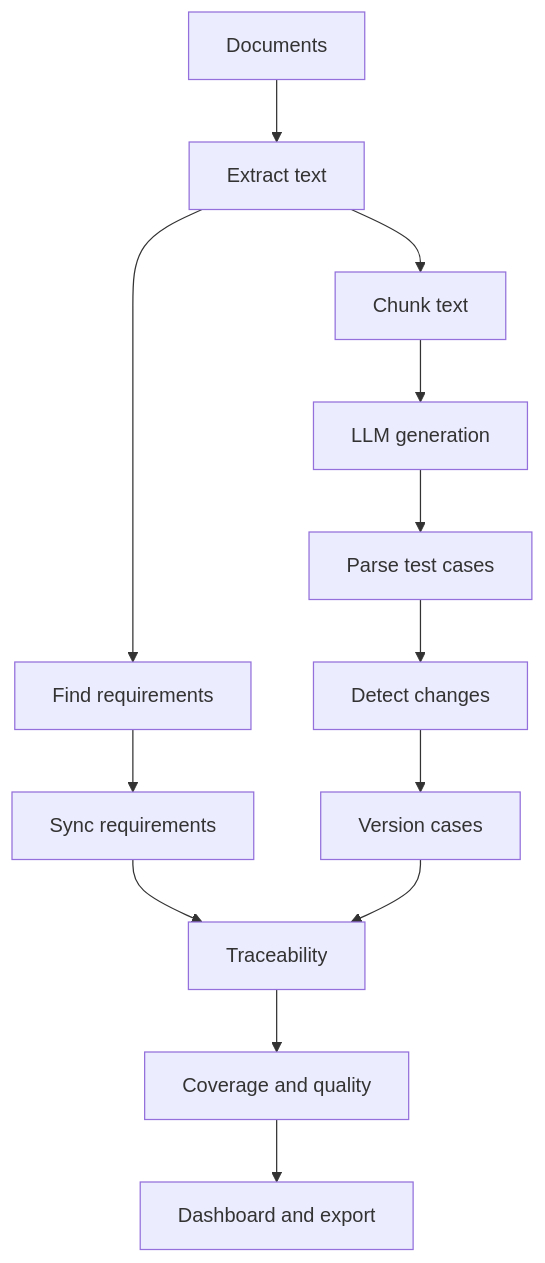
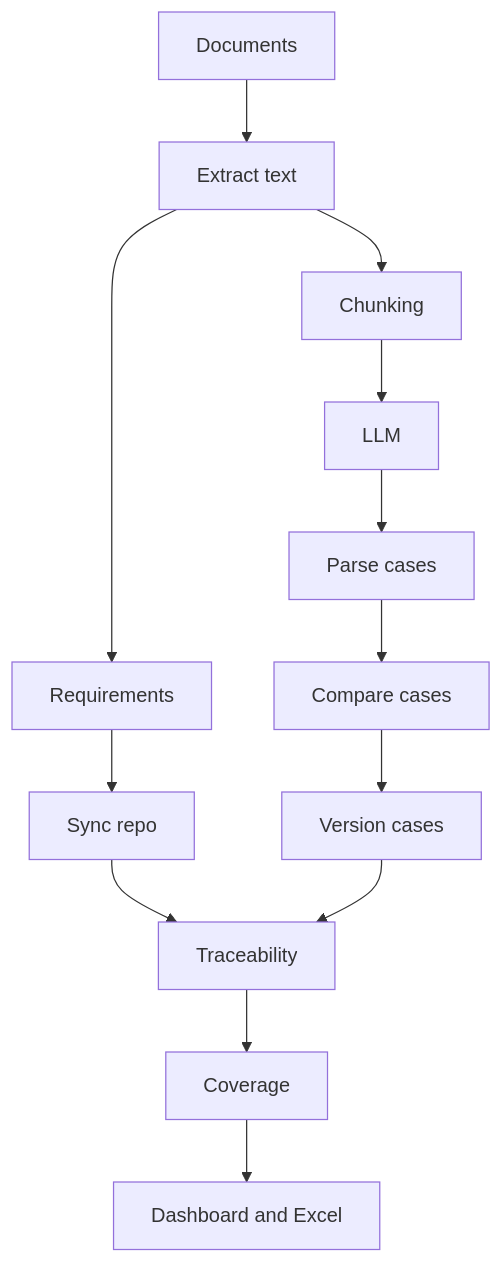
Before and after one commit to bbopaiahh/ai-quality-portfolio: the diagram in ai-assistants/02-rare-requirement-assistant/README.md, drawn with Mermaid.

Commit message:
Shorten RARE workflow diagram labels
Shorten diagram labels so each stage is fully visible in the published README.

````diff
--- a/ai-assistants/02-rare-requirement-assistant/README.md
+++ b/ai-assistants/02-rare-requirement-assistant/README.md
@@ -50,15 +50,15 @@
 ```mermaid
 flowchart TD
     A[Documents] --> B[Extract text]
-    B --> C[Find requirements]
-    C --> D[Sync requirements]
-    B --> E[Chunk text]
-    E --> F[LLM generation]
-    F --> G[Parse test cases]
-    G --> H[Detect changes]
+    B --> C[Requirements]
+    C --> D[Sync repo]
+    B --> E[Chunking]
+    E --> F[LLM]
+    F --> G[Parse cases]
+    G --> H[Compare cases]
     H --> I[Version cases]
     D --> J[Traceability]
     I --> J
-    J --> K[Coverage and quality]
-    K --> L[Dashboard and export]
+    J --> K[Coverage]
+    K --> L[Dashboard and Excel]
 ```
````
